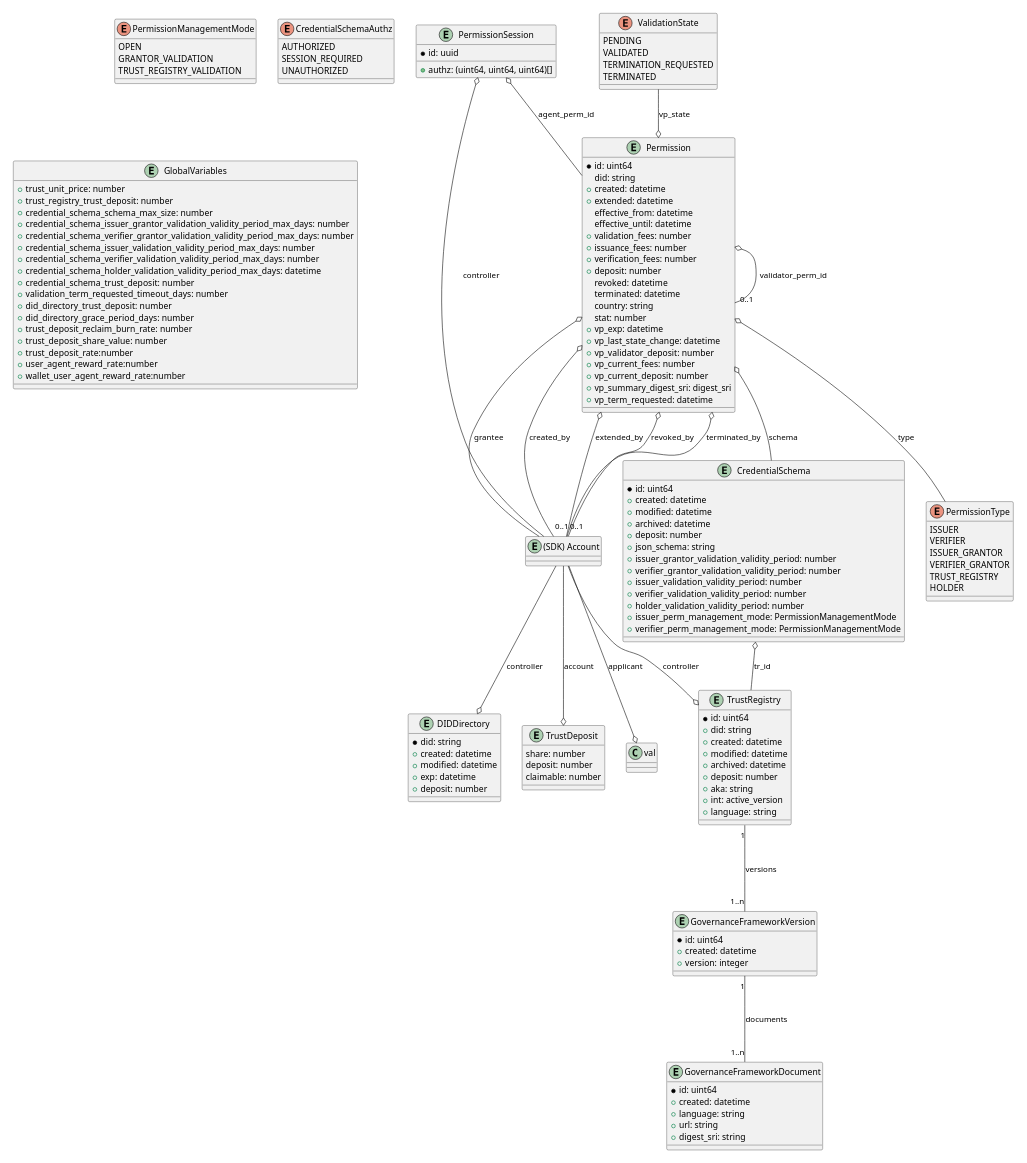
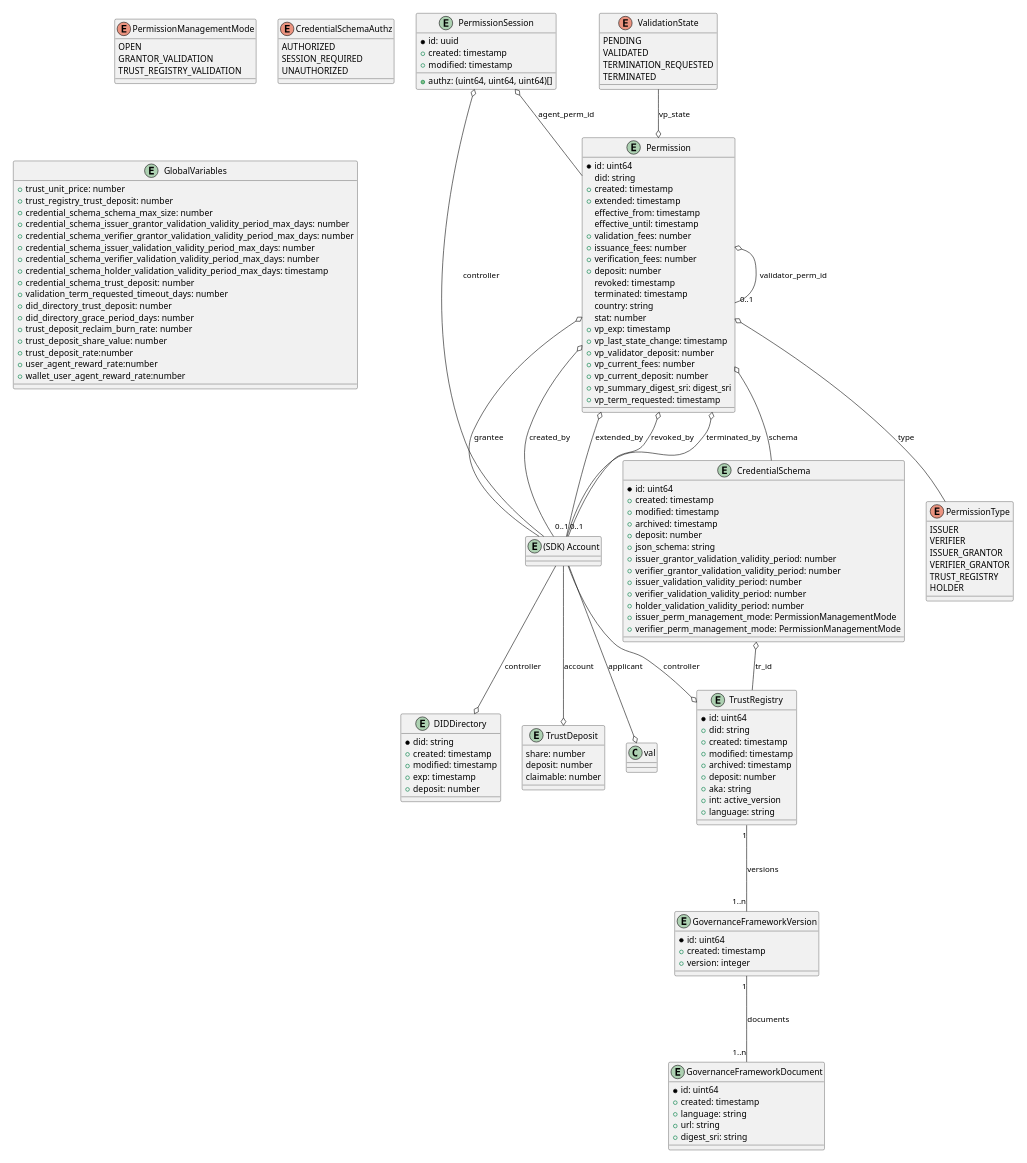
Before and after one commit to verana-labs/verifiable-trust-vpr-spec: the sixth of 13 diagrams in spec.md, drawn with PlantUML. The commit also changed other lines of this file and 1 other file, not shown here.

Commit message:
use timestamp datatype for all time, datetime, etc... atrributes

```diff
--- a/spec.md
+++ b/spec.md
@@ -662,9 +662,9 @@
 entity "TrustRegistry" as tr {
   *id: uint64
   +did: string
-  +created: datetime
-  +modified: datetime
-  +archived: datetime
+  +created: timestamp
+  +modified: timestamp
+  +archived: timestamp
   +deposit: number
   +aka: string
   +int: active_version
@@ -674,13 +674,13 @@
 
 entity "GovernanceFrameworkVersion" as gfv {
   *id: uint64
-  +created: datetime
+  +created: timestamp
   +version: integer
 }
 
 entity "GovernanceFrameworkDocument" as gfd {
   *id: uint64
-  +created: datetime
+  +created: timestamp
   +language: string
   +url: string
   +digest_sri: string
@@ -689,9 +689,9 @@
 
 entity "CredentialSchema" as cs {
   *id: uint64
-  +created: datetime
-  +modified: datetime
-  +archived: datetime
+  +created: timestamp
+  +modified: timestamp
+  +archived: timestamp
   +deposit: number
   +json_schema: string
   +issuer_grantor_validation_validity_period: number
@@ -715,25 +715,25 @@
 entity "Permission" as csp {
   *id: uint64
   did: string
-  +created: datetime
-  +extended: datetime
-  effective_from: datetime
-  effective_until: datetime
+  +created: timestamp
+  +extended: timestamp
+  effective_from: timestamp
+  effective_until: timestamp
   +validation_fees: number
   +issuance_fees: number
   +verification_fees: number
   +deposit: number
-  revoked: datetime
-  terminated: datetime
+  revoked: timestamp
+  terminated: timestamp
   country: string
   stat: number
-  +vp_exp: datetime
-  +vp_last_state_change: datetime
+  +vp_exp: timestamp
+  +vp_last_state_change: timestamp
   +vp_validator_deposit: number
   +vp_current_fees: number
   +vp_current_deposit: number
   +vp_summary_digest_sri: digest_sri
-  +vp_term_requested: datetime
+  +vp_term_requested: timestamp
 }
 
 enum "ValidationState" as valstate {
@@ -745,6 +745,8 @@
 
 entity "PermissionSession" as csps {
   *id: uuid
+  +created: timestamp
+  +modified: timestamp
   +authz: (uint64, uint64, uint64)[]
 }
 
@@ -765,9 +767,9 @@
 
 entity "DIDDirectory" as did {
   *did: string
-  +created: datetime
-  +modified: datetime
-  +exp: datetime
+  +created: timestamp
+  +modified: timestamp
+  +exp: timestamp
   +deposit: number
 }
 
@@ -780,7 +782,7 @@
   +credential_schema_verifier_grantor_validation_validity_period_max_days: number
   +credential_schema_issuer_validation_validity_period_max_days: number
   +credential_schema_verifier_validation_validity_period_max_days: number
-  +credential_schema_holder_validation_validity_period_max_days: datetime
+  +credential_schema_holder_validation_validity_period_max_days: timestamp
   +credential_schema_trust_deposit: number
   +validation_term_requested_timeout_days: number
   +did_directory_trust_deposit: number
```
